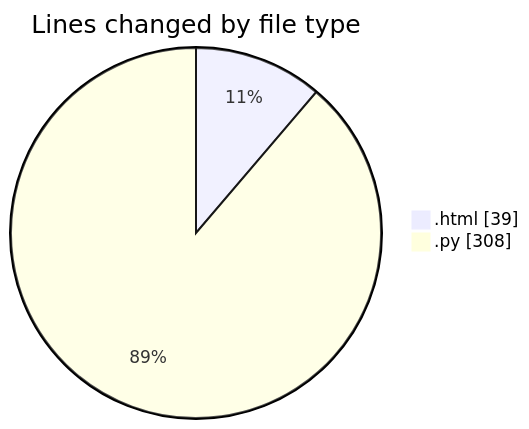
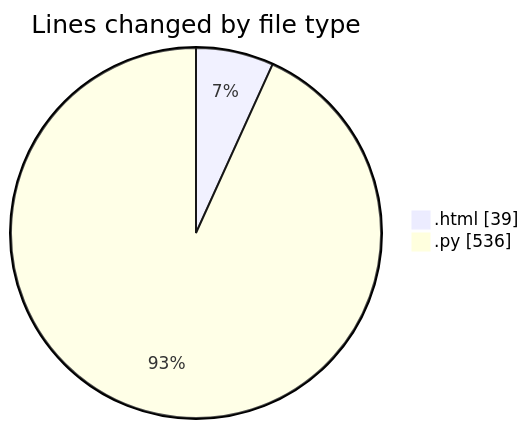
One commit to Ritupan-Deka/code-tracking changed the first of 2 diagrams in 2025-06-22/___base/README.md. Above: the diagram before and after it, drawn with Mermaid. The commit also changed other lines of this file and 1 other file, not shown here.

````diff
--- a/2025-06-22/___base/README.md
+++ b/2025-06-22/___base/README.md
@@ -21,6 +21,6 @@
 ```mermaid
 pie showData
 title Lines changed by file type
 ".html" : 39
-".py" : 308
+".py" : 536
 ```
````
